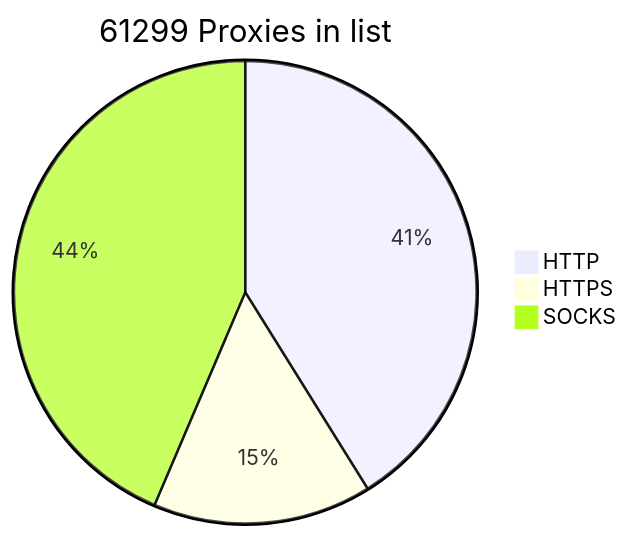
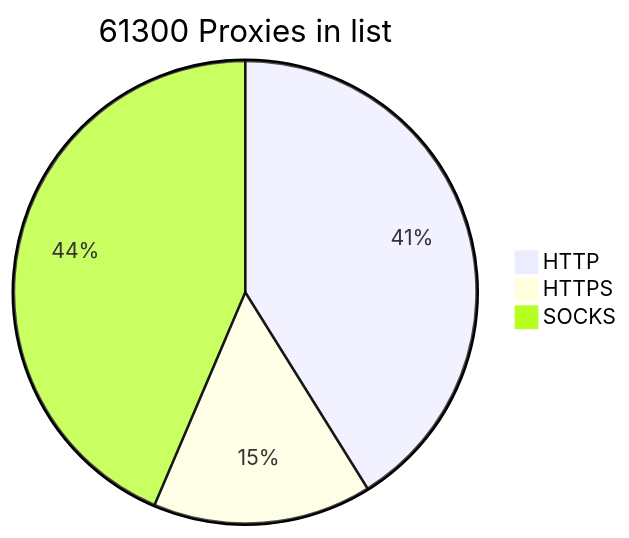
The diagram in README.md (BlackSnowDot/proxylist-update-every-minute), drawn with Mermaid before and after one commit.

````diff
--- a/README.md
+++ b/README.md
@@ -2,6 +2,6 @@
 ```mermaid
-pie title 61299 Proxies in list
-    "HTTP" : 28651
+pie title 61300 Proxies in list
+    "HTTP" : 28652
     "HTTPS": 10649
     "SOCKS" : 30361
 ```
````
